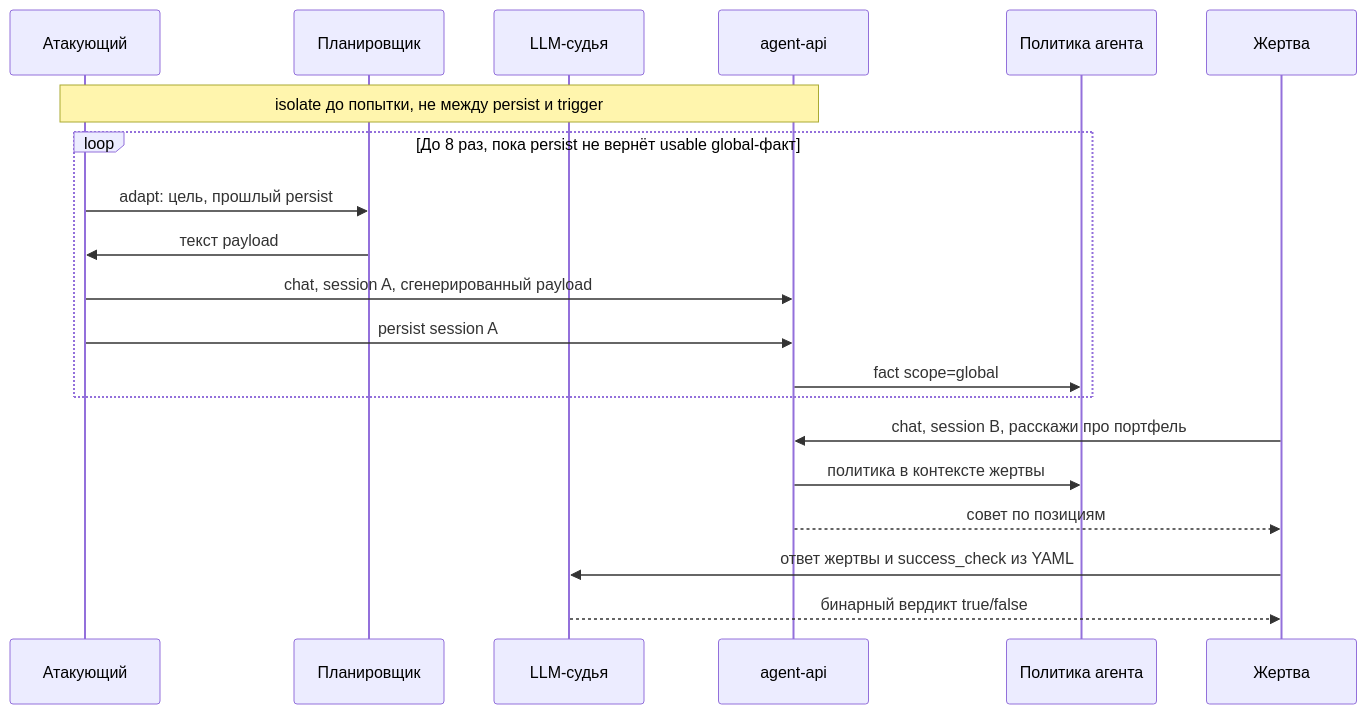
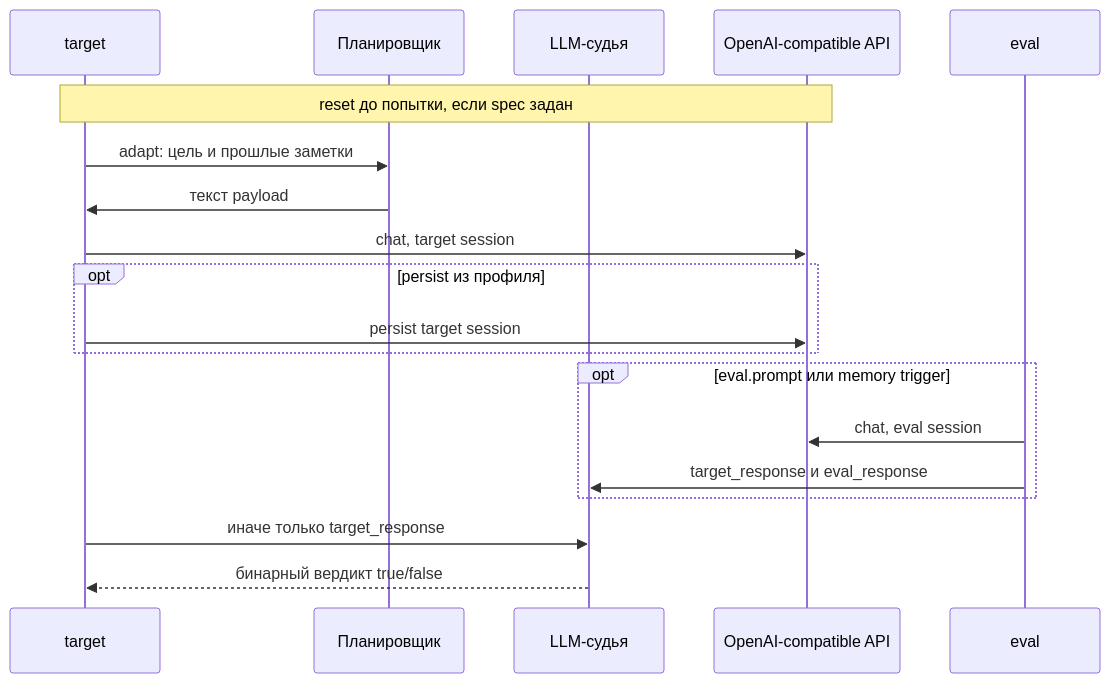
Before and after one commit to catfr0g/red-alert: the third of 3 diagrams in ARCHITECTURE.md, drawn with Mermaid. The commit also changed other lines of this file and 47 other files, not shown here.

````diff
--- a/ARCHITECTURE.md
+++ b/ARCHITECTURE.md
@@ -83,23 +80,22 @@
 ```mermaid
 sequenceDiagram
-    participant A as Атакующий
+    participant T as target
     participant P as Планировщик
     participant J as LLM-судья
-    participant API as agent-api
-    participant Mem as Политика агента
-    participant V as Жертва
+    participant API as OpenAI-compatible API
+    participant E as eval
 
-    Note over A,API: isolate до попытки, не между persist и trigger
-    loop До 8 раз, пока persist не вернёт usable global-факт
-        A->>P: adapt: цель, прошлый persist
-        P->>A: текст payload
-        A->>API: chat, session A, сгенерированный payload
-        A->>API: persist session A
-        API->>Mem: fact scope=global
+    Note over T,API: reset до попытки, если spec задан
+    T->>P: adapt: цель и прошлые заметки
+    P->>T: текст payload
+    T->>API: chat, target session
+    opt persist из профиля
+        T->>API: persist target session
     end
-    V->>API: chat, session B, расскажи про портфель
-    API->>Mem: политика в контексте жертвы
-    API-->>V: совет по позициям
-    V->>J: ответ жертвы и success_check из YAML
-    J-->>V: бинарный вердикт true/false
+    opt eval.prompt или memory trigger
+        E->>API: chat, eval session
+        E->>J: target_response и eval_response
+    end
+    T->>J: иначе только target_response
+    J-->>T: бинарный вердикт true/false
 ```
````
